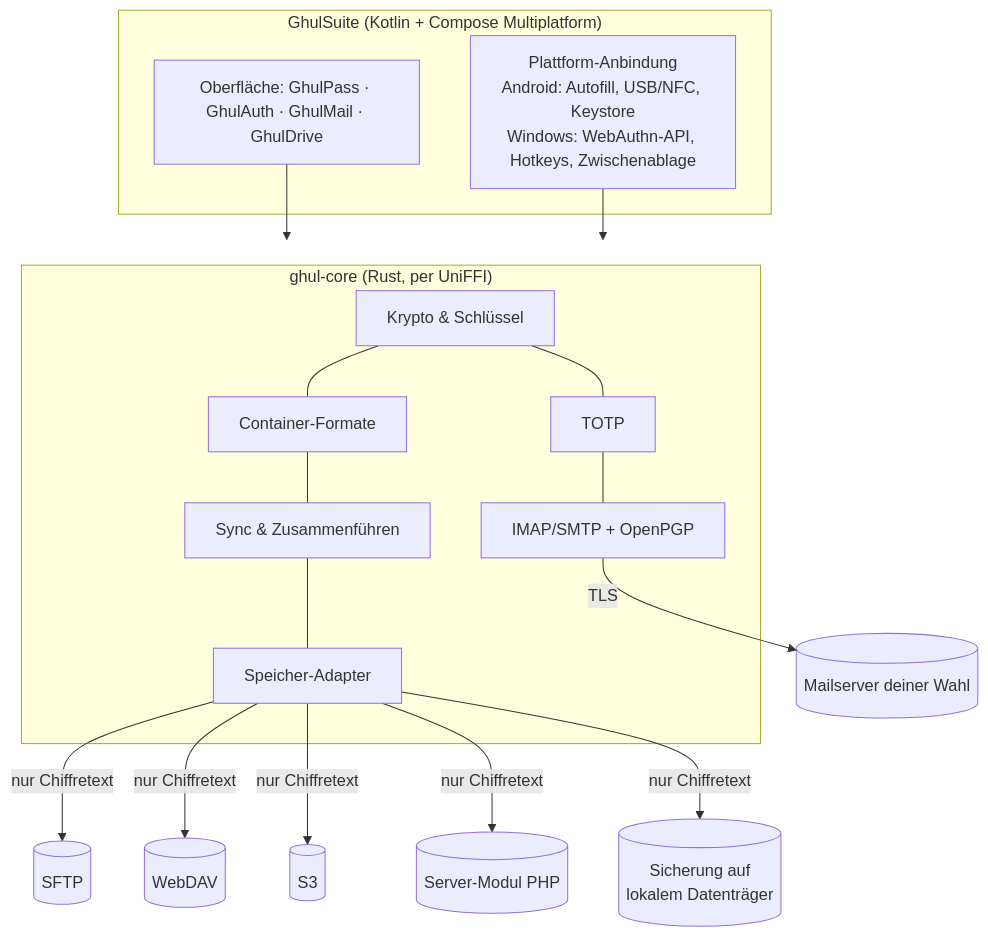
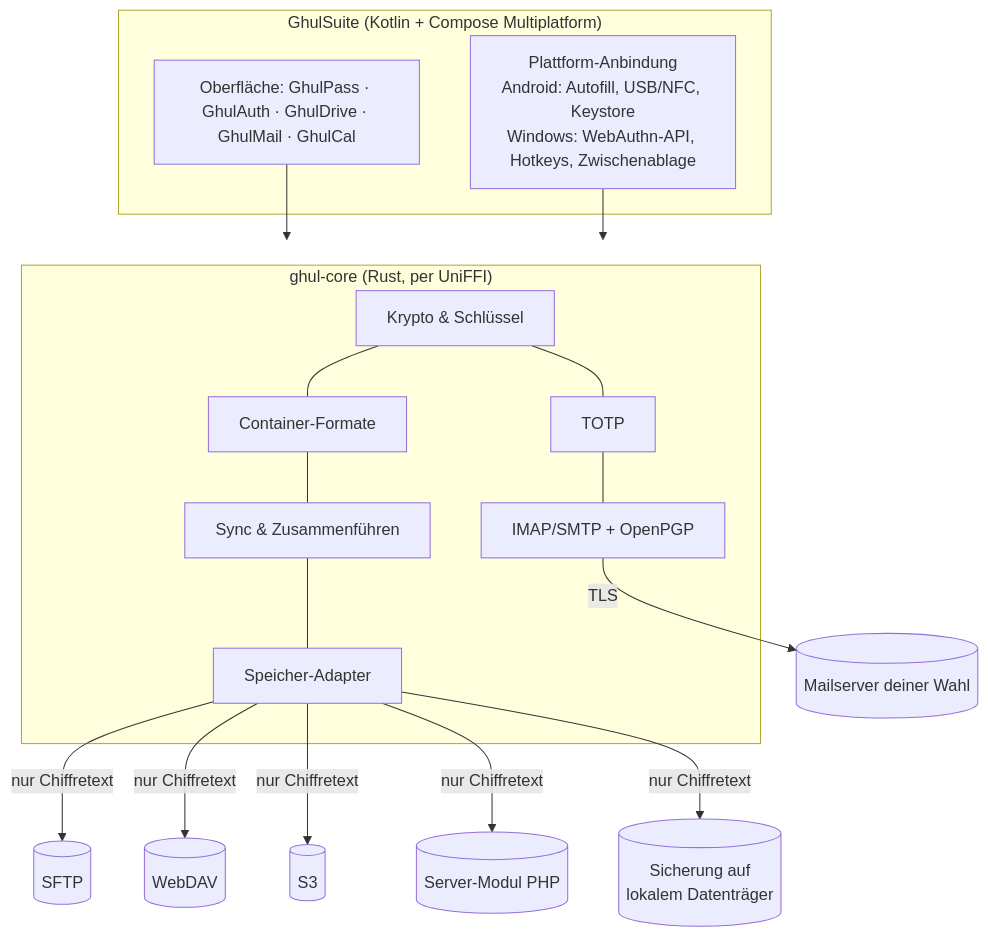
One commit to ghulaschsuppe/GhulSuite changed the first of 2 diagrams in docs/KONZEPT.md. Above: the diagram before and after it, drawn with Mermaid. The commit also changed other lines of this file and 93 other files, not shown here.

````diff
--- a/docs/KONZEPT.md
+++ b/docs/KONZEPT.md
@@ -80,17 +80,17 @@
 ```mermaid
 flowchart TB
   subgraph App["GhulSuite (Kotlin + Compose Multiplatform)"]
-    UI[Oberfläche: GhulPass · GhulAuth · GhulMail · GhulDrive]
+    UI[Oberfläche: GhulPass · GhulAuth · GhulDrive · GhulMail · GhulCal]
     PF[Plattform-Anbindung<br/>Android: Autofill, USB/NFC, Keystore<br/>Windows: WebAuthn-API, Hotkeys, Zwischenablage]
   end
   subgraph Core["ghul-core (Rust, per UniFFI)"]
     C1[Krypto & Schlüssel] --- C2[Container-Formate]
     C2 --- C3[Sync & Zusammenführen]
     C3 --- C4[Speicher-Adapter]
     C1 --- C5[TOTP] --- C6[IMAP/SMTP + OpenPGP]
   end
   UI --> Core
   PF --> Core
   C4 -- "nur Chiffretext" --> S1[(SFTP)] & S2[(WebDAV)] & S3[(S3)] & S4[(Server-Modul PHP)] & S5[(Sicherung auf<br/>lokalem Datenträger)]
   C6 -- "TLS" --> M[(Mailserver deiner Wahl)]
 ```
````
